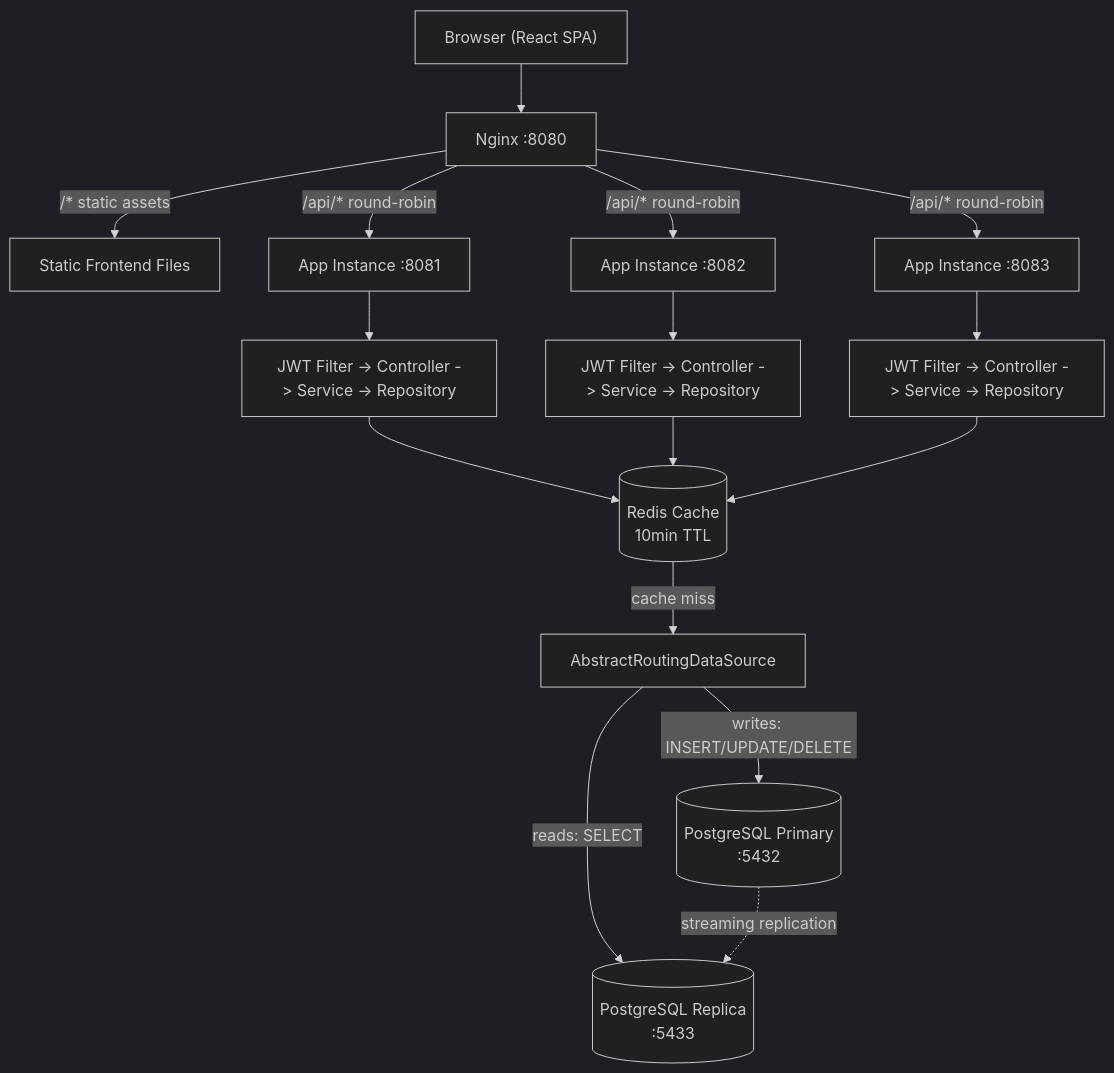
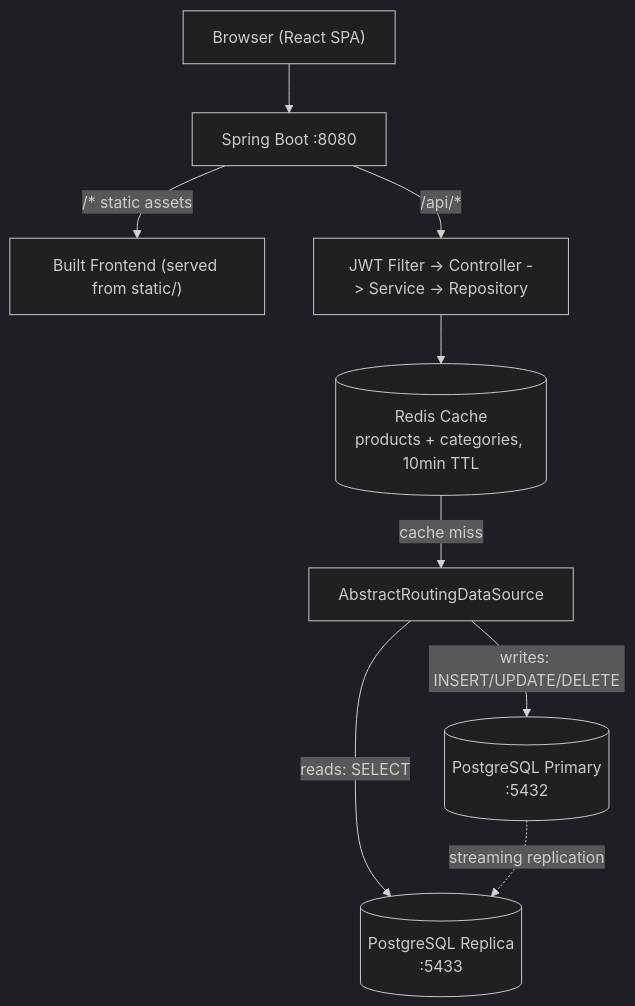
Before and after one commit to lieutenant-Rohit/BloomsCafe: the diagram in README.md, drawn with Mermaid (dark theme). The commit also changed other lines of this file and 18 other files, not shown here.

First line of the commit message:
Single-instance deployment with Redis product caching and stock locking

````diff
--- a/README.md
+++ b/README.md
@@ -42,21 +43,13 @@
 ```mermaid
 flowchart TD
-    Browser["Browser (React SPA)"] --> Nginx["Nginx :8080"]
-    Nginx -->|"/* static assets"| Static["Static Frontend Files"]
-    Nginx -->|"/api/* round-robin"| I1["App Instance :8081"]
-    Nginx -->|"/api/* round-robin"| I2["App Instance :8082"]
-    Nginx -->|"/api/* round-robin"| I3["App Instance :8083"]
+    Browser["Browser (React SPA)"] --> App["Spring Boot :8080"]
 
-    I1 --> JWT1["JWT Filter -> Controller -> Service -> Repository"]
-    I2 --> JWT2["JWT Filter -> Controller -> Service -> Repository"]
-    I3 --> JWT3["JWT Filter -> Controller -> Service -> Repository"]
+    App -->|"/* static assets"| Static["Built Frontend (served from static/)"]
+    App -->|"/api/*"| JWT["JWT Filter -> Controller -> Service -> Repository"]
 
-    JWT1 --> Redis[("Redis Cache\n10min TTL")]
-    JWT2 --> Redis
-    JWT3 --> Redis
-
+    JWT --> Redis[("Redis Cache\nproducts + categories, 10min TTL")]
     Redis -->|cache miss| Router["AbstractRoutingDataSource"]
     Router -->|writes: INSERT/UPDATE/DELETE| Primary[("PostgreSQL Primary\n:5432")]
     Router -->|reads: SELECT| Replica[("PostgreSQL Replica\n:5433")]
     Primary -.->|streaming replication| Replica
 ```
````
